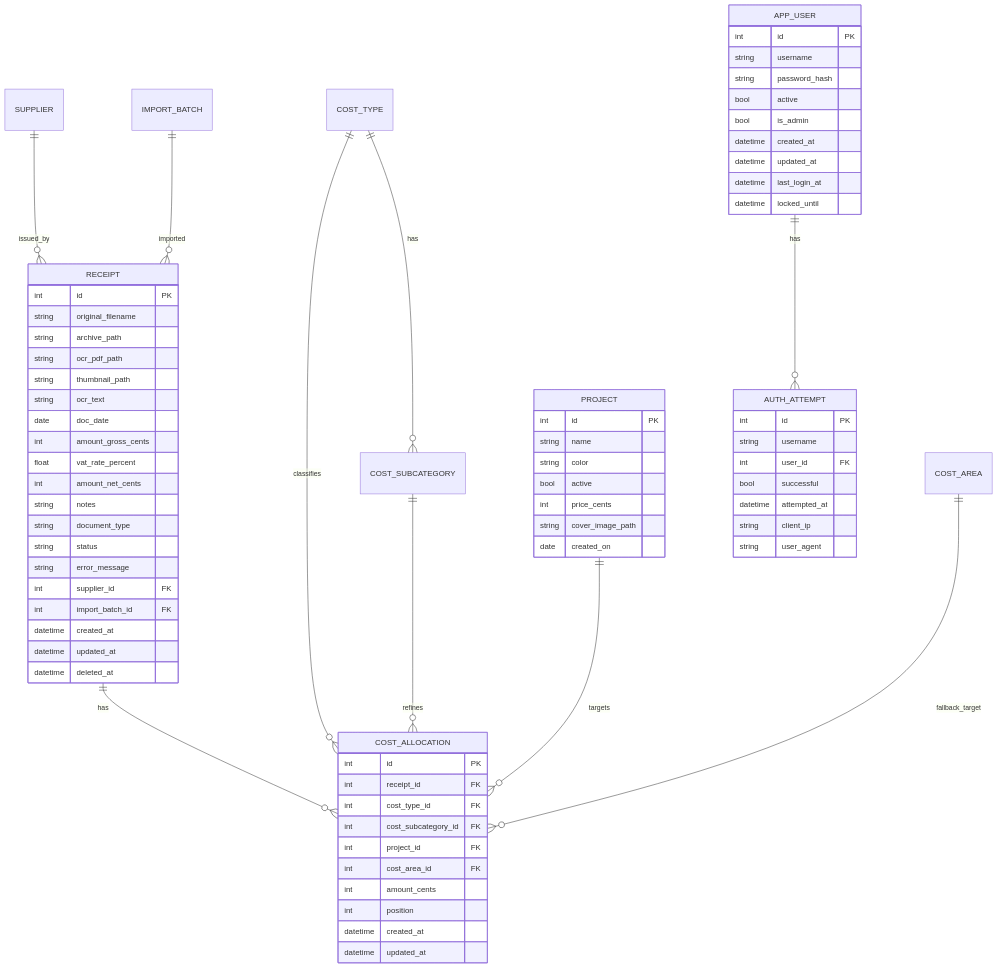
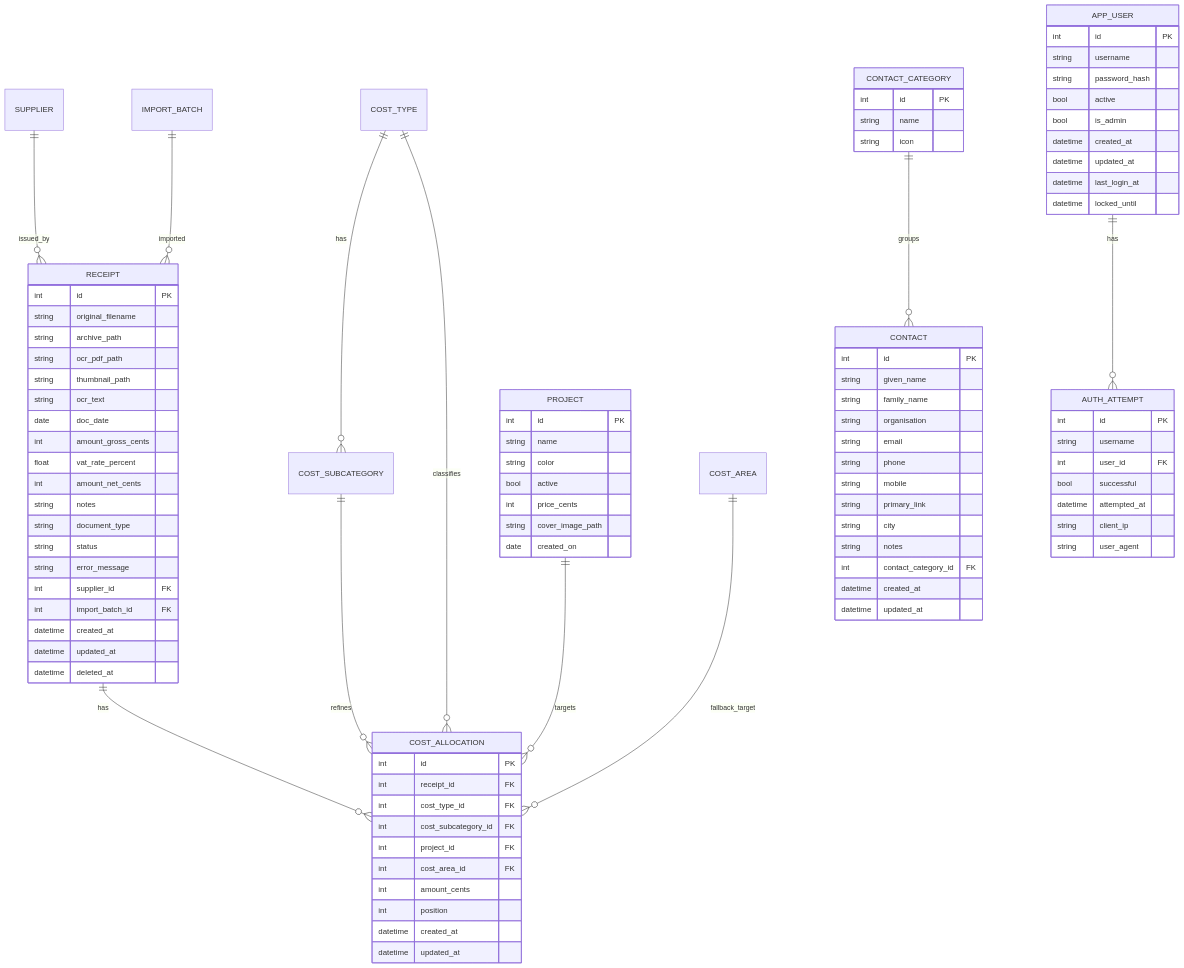
One commit to hjenkel/atelierbuddy changed the diagram in docs/developer/database.md. Above: the diagram before and after it, drawn with Mermaid. The commit also changed other lines of this file and 9 other files, not shown here.

````diff
--- a/docs/developer/database.md
+++ b/docs/developer/database.md
@@ -20,6 +20,7 @@
 erDiagram
     RECEIPT ||--o{ COST_ALLOCATION : has
     COST_TYPE ||--o{ COST_SUBCATEGORY : has
+    CONTACT_CATEGORY ||--o{ CONTACT : groups
     COST_TYPE ||--o{ COST_ALLOCATION : classifies
     COST_SUBCATEGORY ||--o{ COST_ALLOCATION : refines
     PROJECT ||--o{ COST_ALLOCATION : targets
@@ -94,4 +95,26 @@
       string client_ip
       string user_agent
     }
+
+    CONTACT_CATEGORY {
+      int id PK
+      string name
+      string icon
+    }
+
+    CONTACT {
+      int id PK
+      string given_name
+      string family_name
+      string organisation
+      string email
+      string phone
+      string mobile
+      string primary_link
+      string city
+      string notes
+      int contact_category_id FK
+      datetime created_at
+      datetime updated_at
+    }
 ```
````
